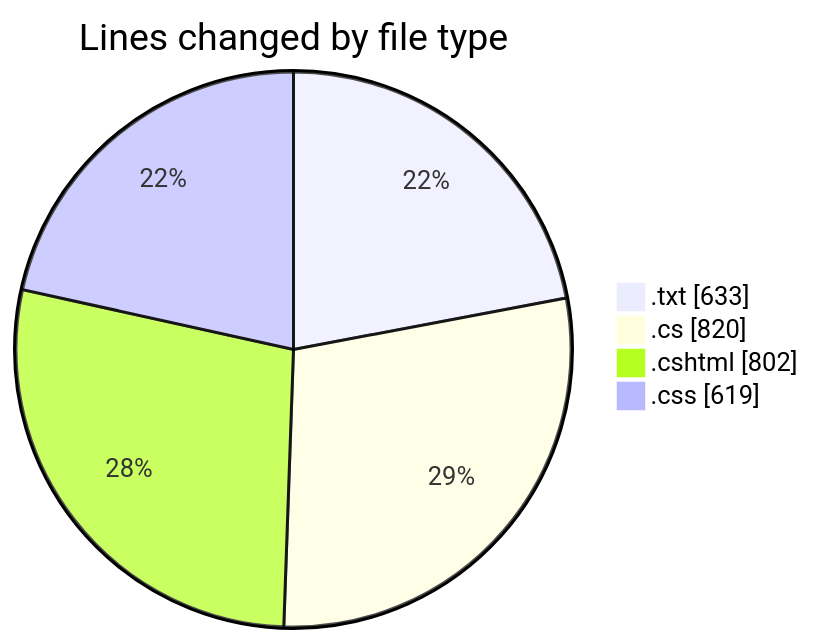
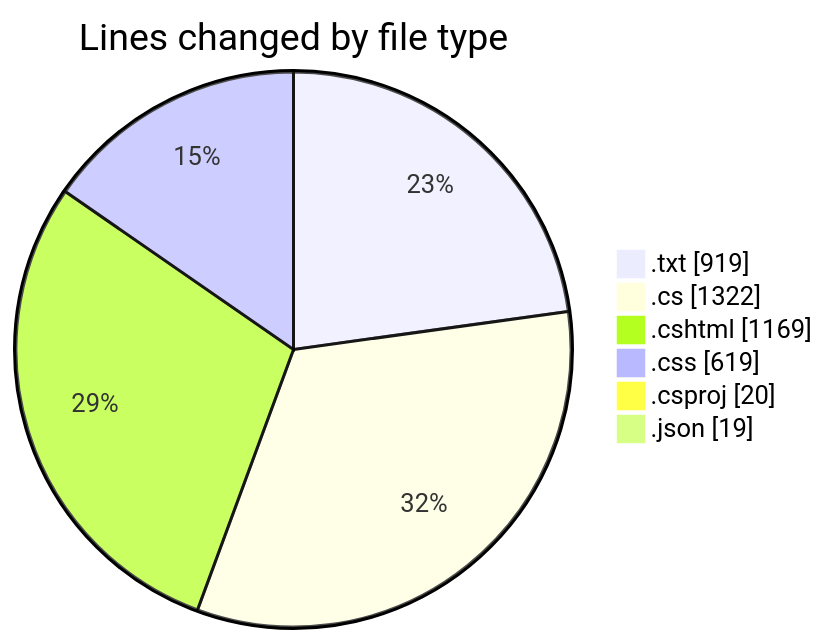
The first of 2 diagrams in 2025-07-26/quanlyrapchieuphim-1/README.md (lephambinh05/code-tracking), drawn with Mermaid before and after one commit. The commit also changed other lines of this file and 1 other file, not shown here.

````diff
--- a/2025-07-26/quanlyrapchieuphim-1/README.md
+++ b/2025-07-26/quanlyrapchieuphim-1/README.md
@@ -27,8 +32,10 @@
 ```mermaid
 pie showData
 title Lines changed by file type
-".txt" : 633
-".cs" : 820
-".cshtml" : 802
+".txt" : 919
+".cs" : 1322
+".cshtml" : 1169
 ".css" : 619
+".csproj" : 20
+".json" : 19
 ```
````
